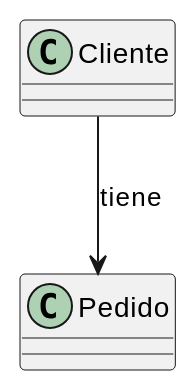
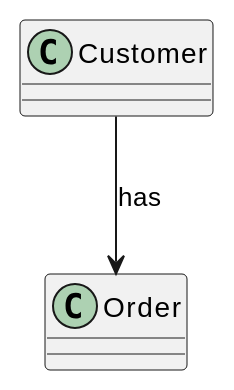
Before and after one commit to jcg-admin/IACT-docs: the first of 7 diagrams in source/base-cognitiva/_uml/uml-02-orientacion-objetos/tipos-de-asociaciones.rst, drawn with PlantUML. The commit also changed other lines of this file and 4 other files, not shown here.

```diff
--- a/source/base-cognitiva/_uml/uml-02-orientacion-objetos/tipos-de-asociaciones.rst
+++ b/source/base-cognitiva/_uml/uml-02-orientacion-objetos/tipos-de-asociaciones.rst
@@ -23,8 +23,8 @@
 .. uml::
 
    @startuml
 
-   class Cliente
-   class Pedido
-   Cliente --> Pedido : tiene
+   class Customer
+   class Order
+   Customer --> Order : has
    @enduml
```
